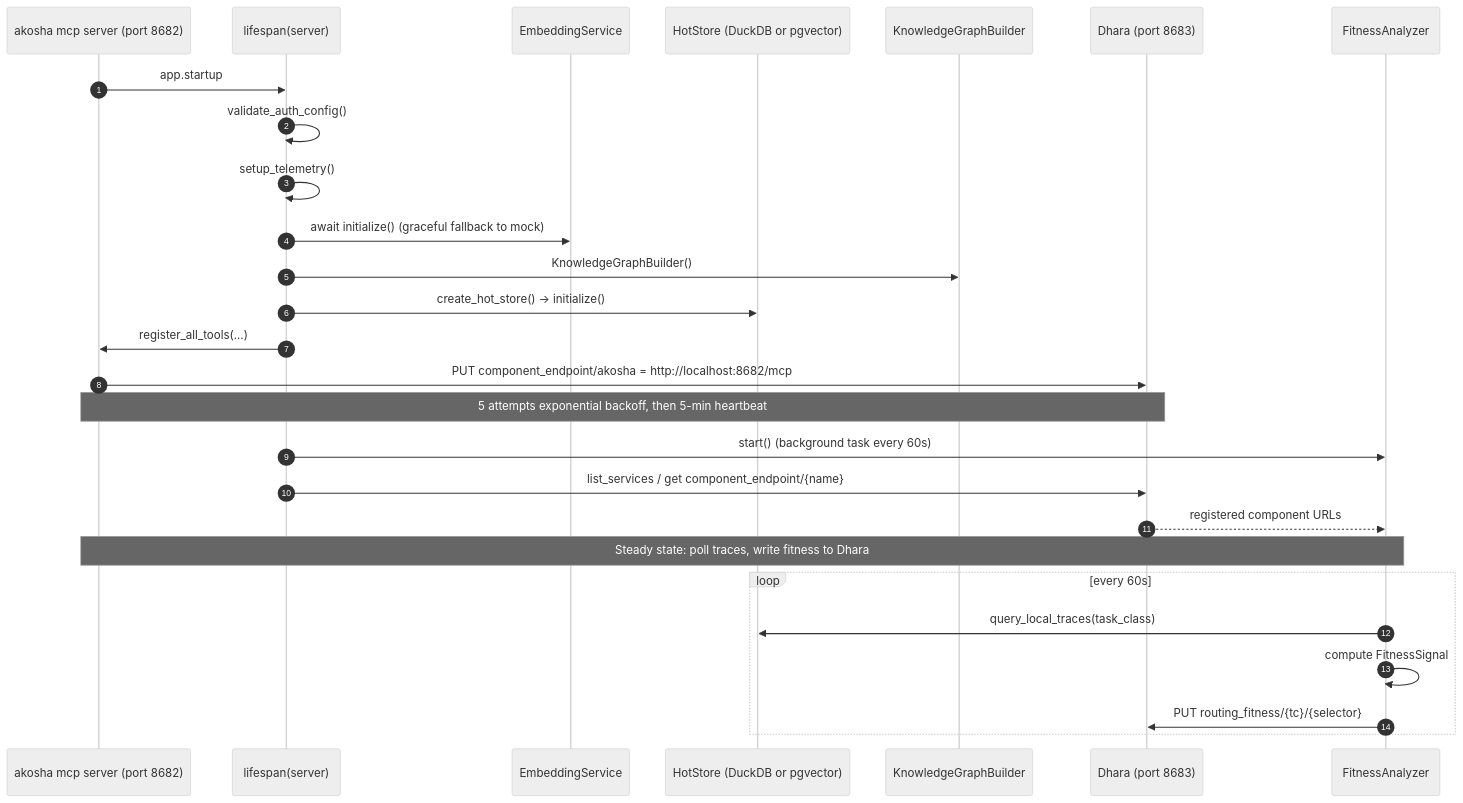
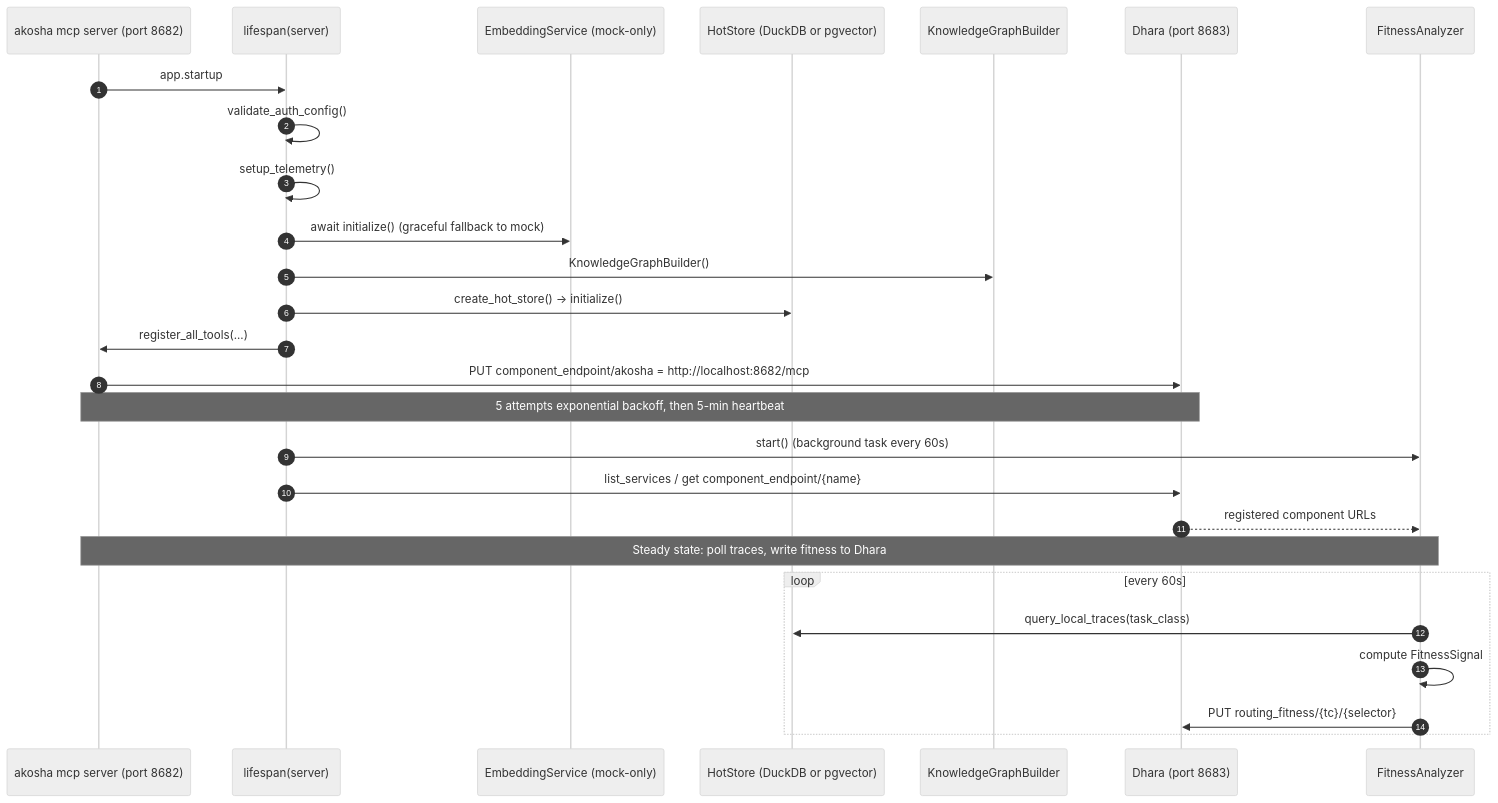
The second of 2 diagrams in docs/architecture/MEMORY_ARCHITECTURE.md (lesleslie/akosha), drawn with Mermaid (neutral theme) before and after one commit.

Commit message:
fix(akosha): rename EMB participant to EmbeddingService (mock)

````diff
--- a/docs/architecture/MEMORY_ARCHITECTURE.md
+++ b/docs/architecture/MEMORY_ARCHITECTURE.md
@@ -257,31 +257,31 @@
 ```mermaid
 sequenceDiagram
     autonumber
     participant CLI as akosha mcp server (port 8682)
     participant LS as lifespan(server)
-    participant EMB as EmbeddingService
+    participant EMB as EmbeddingService (mock-only)
     participant HS as HotStore (DuckDB or pgvector)
     participant KG as KnowledgeGraphBuilder
     participant DH as Dhara (port 8683)
     participant FA as FitnessAnalyzer
 
     CLI->>LS: app.startup
     LS->>LS: validate_auth_config()
     LS->>LS: setup_telemetry()
     LS->>EMB: await initialize() (graceful fallback to mock)
     LS->>KG: KnowledgeGraphBuilder()
     LS->>HS: create_hot_store() -> initialize()
     LS->>CLI: register_all_tools(...)
     CLI->>DH: PUT component_endpoint/akosha = http://localhost:8682/mcp
     Note over CLI,DH: 5 attempts exponential backoff, then 5-min heartbeat
     LS->>FA: start() (background task every 60s)
     LS->>DH: list_services / get component_endpoint/{name}
     DH-->>FA: registered component URLs
 
     Note over CLI,FA: Steady state: poll traces, write fitness to Dhara
     loop every 60s
         FA->>HS: query_local_traces(task_class)
         FA->>FA: compute FitnessSignal
         FA->>DH: PUT routing_fitness/{tc}/{selector}
     end
 ```
````
